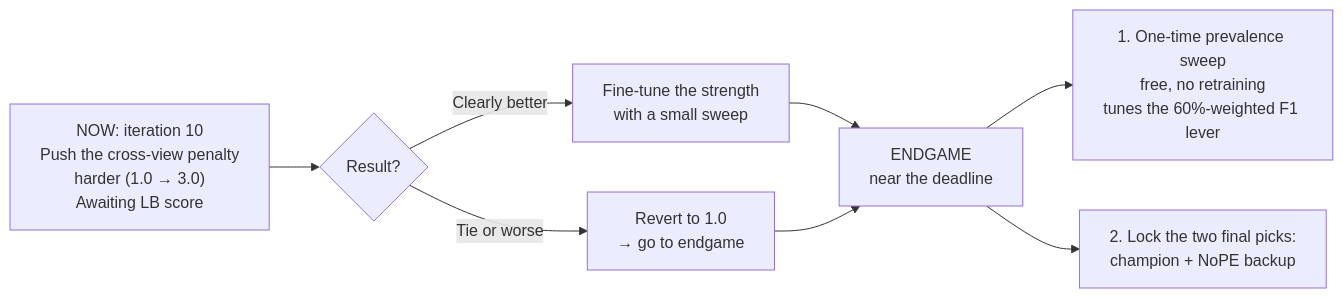
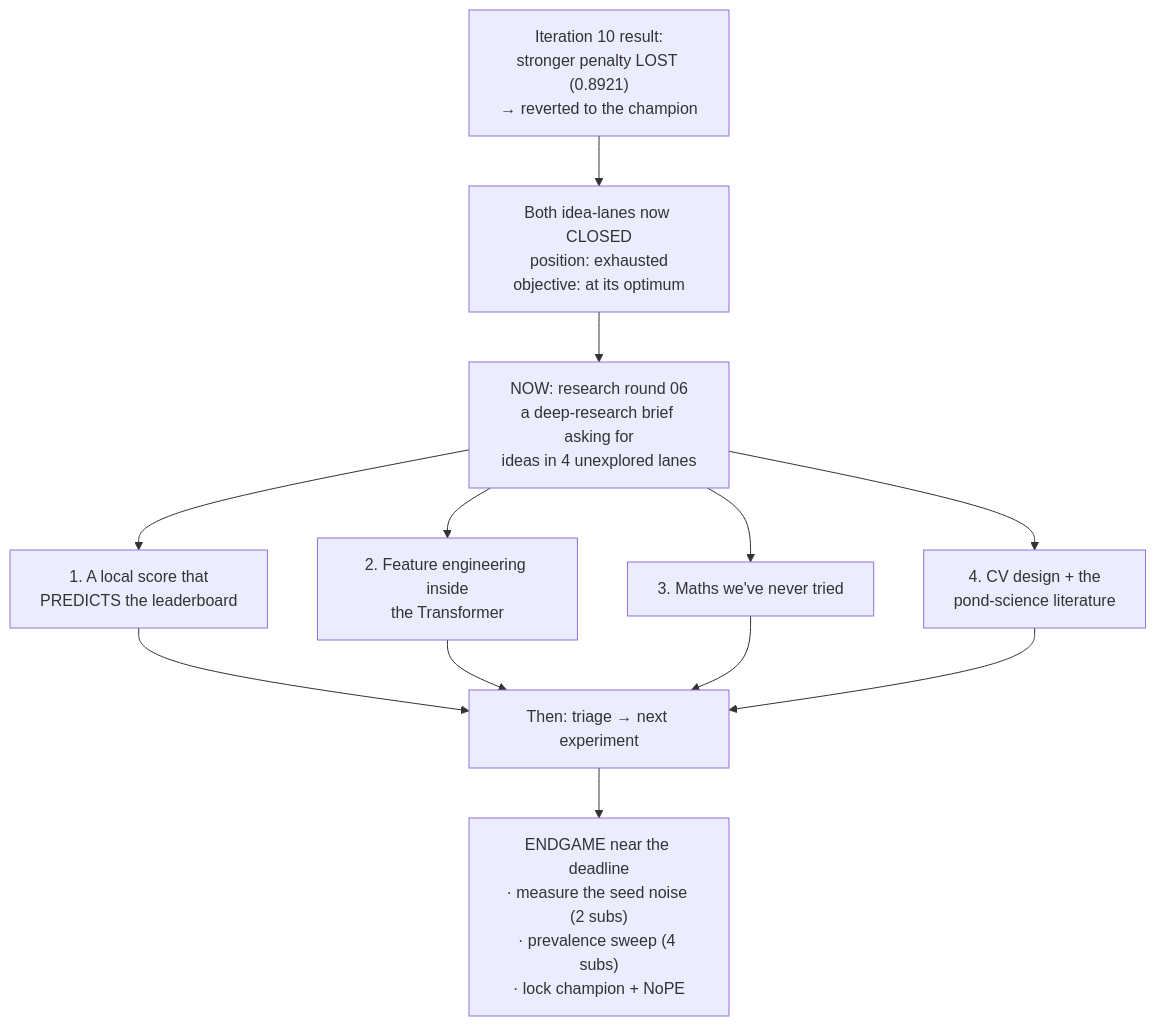
The fifth of 5 diagrams in JOURNEY.md (OsbornNyakaru/geoai-aquaculture), drawn with Mermaid before and after one commit. The commit also changed other lines of this file and 8 other files, not shown here.

First line of the commit message:
iter10 lambda=3.0 LOST 0.8921; revert to champion lambda=1.0; loop PAUSED for research round 06

````diff
--- a/JOURNEY.md
+++ b/JOURNEY.md
@@ -190,10 +191,14 @@
 ```mermaid
-flowchart LR
-    N1["NOW: iteration 10<br/>Push the cross-view penalty<br/>harder (1.0 → 3.0)<br/>Awaiting LB score"] --> D{Result?}
-    D -->|Clearly better| S1["Fine-tune the strength<br/>with a small sweep"]
-    D -->|Tie or worse| S2["Revert to 1.0<br/>→ go to endgame"]
-    S1 --> E1
-    S2 --> E1["ENDGAME<br/>near the deadline"]
-    E1 --> E2["1. One-time prevalence sweep<br/>free, no retraining<br/>tunes the 60%-weighted F1 lever"]
-    E1 --> E3["2. Lock the two final picks:<br/>champion + NoPE backup"]
+flowchart TD
+    N1["Iteration 10 result:<br/>stronger penalty LOST (0.8921)<br/>→ reverted to the champion"] --> N2["Both idea-lanes now CLOSED<br/>position: exhausted<br/>objective: at its optimum"]
+    N2 --> N3["NOW: research round 06<br/>a deep-research brief asking for<br/>ideas in 4 unexplored lanes"]
+    N3 --> R1["1. A local score that<br/>PREDICTS the leaderboard"]
+    N3 --> R2["2. Feature engineering inside<br/>the Transformer"]
+    N3 --> R3["3. Maths we've never tried"]
+    N3 --> R4["4. CV design + the<br/>pond-science literature"]
+    R1 --> E["Then: triage → next experiment"]
+    R2 --> E
+    R3 --> E
+    R4 --> E
+    E --> Z["ENDGAME near the deadline<br/>· measure the seed noise (2 subs)<br/>· prevalence sweep (4 subs)<br/>· lock champion + NoPE"]
 ```
````
